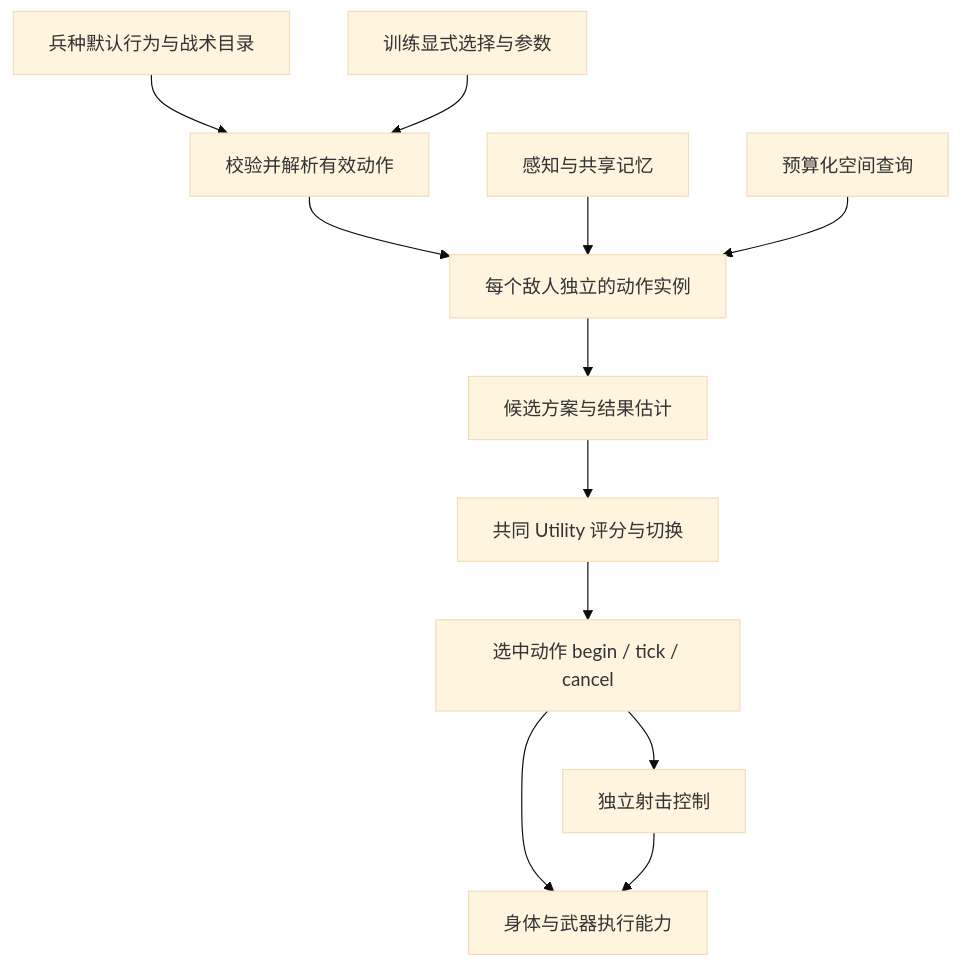
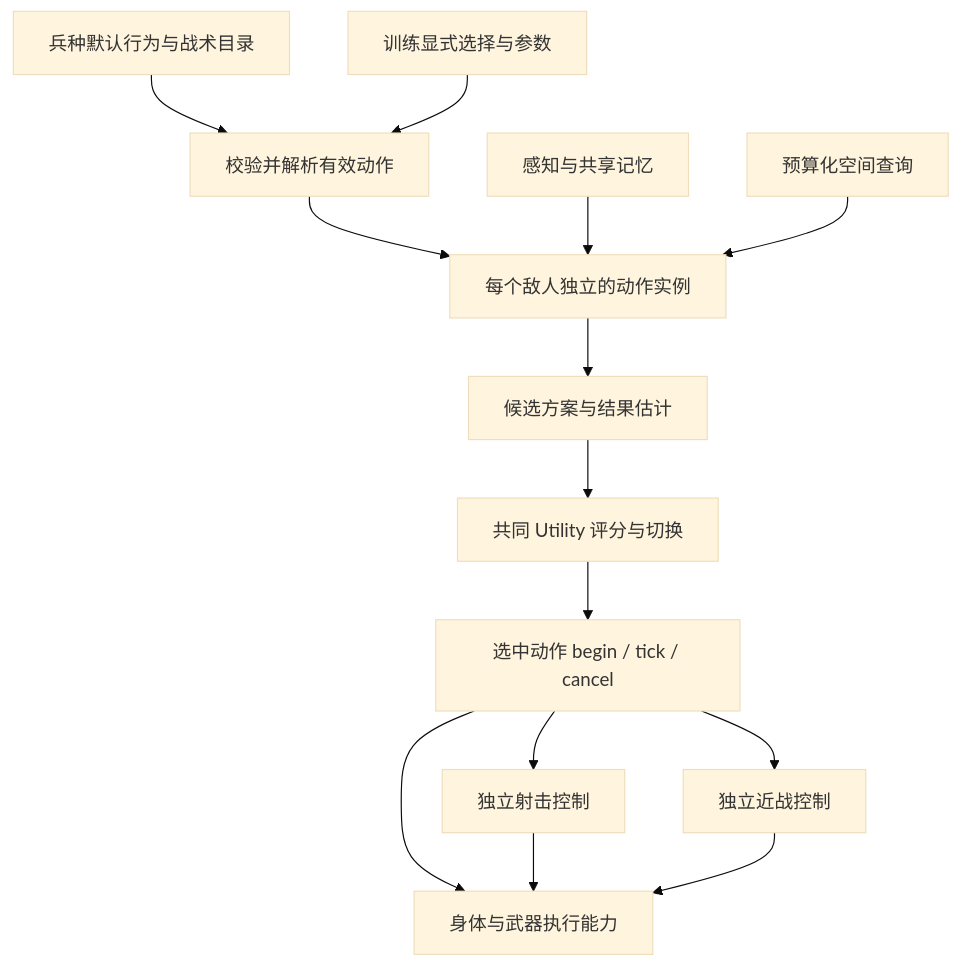
The diagram in docs/enemy-ai.md (Baidy123/DSR_function_demo), drawn with Mermaid (base theme) before and after one commit. The commit also changed other lines of this file and 118 other files, not shown here.

````diff
--- a/docs/enemy-ai.md
+++ b/docs/enemy-ai.md
@@ -62,14 +81,16 @@
 ```mermaid
 flowchart TD
     U[兵种默认行为与战术目录] --> R[校验并解析有效动作]
     T[训练显式选择与参数] --> R
     R --> A[每个敌人独立的动作实例]
     M[感知与共享记忆] --> A
     S[预算化空间查询] --> A
     A --> C[候选方案与结果估计]
     C --> V[共同 Utility 评分与切换]
     V --> E[选中动作 begin / tick / cancel]
     E --> B[身体与武器执行能力]
     E --> F[独立射击控制]
     F --> B
+    E --> N[独立近战控制]
+    N --> B
 ```
````
